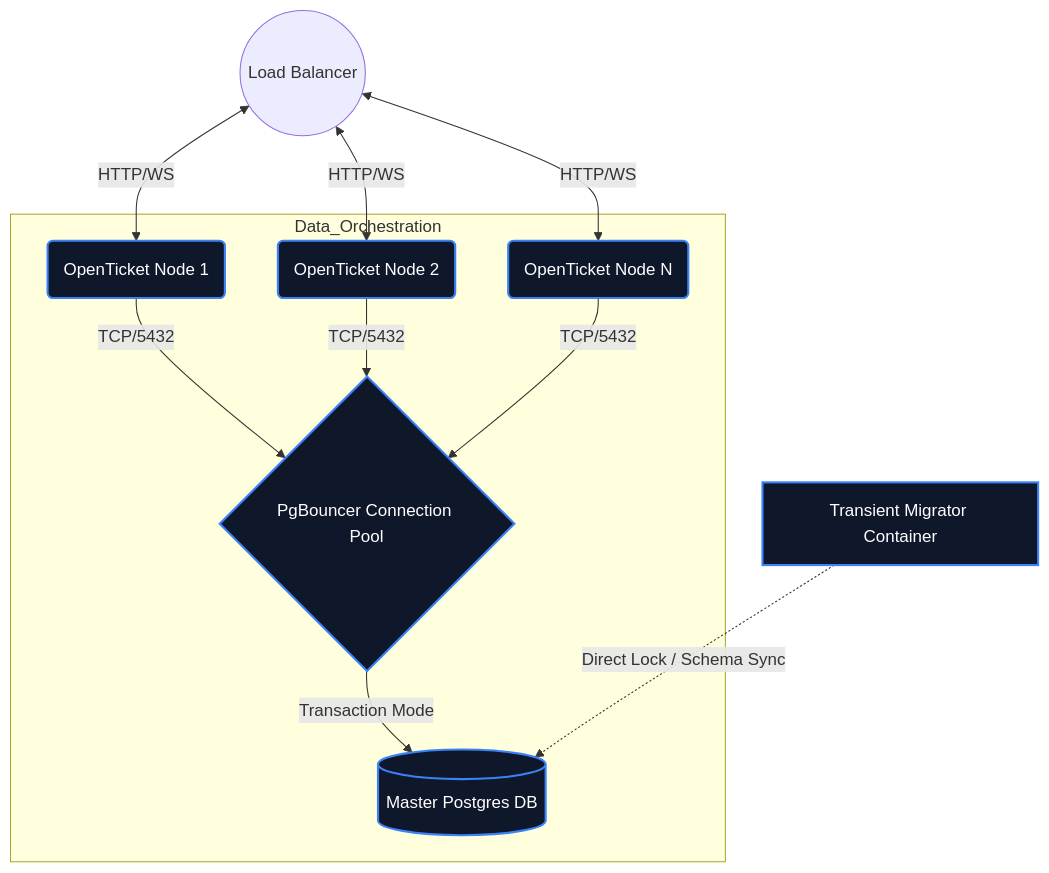
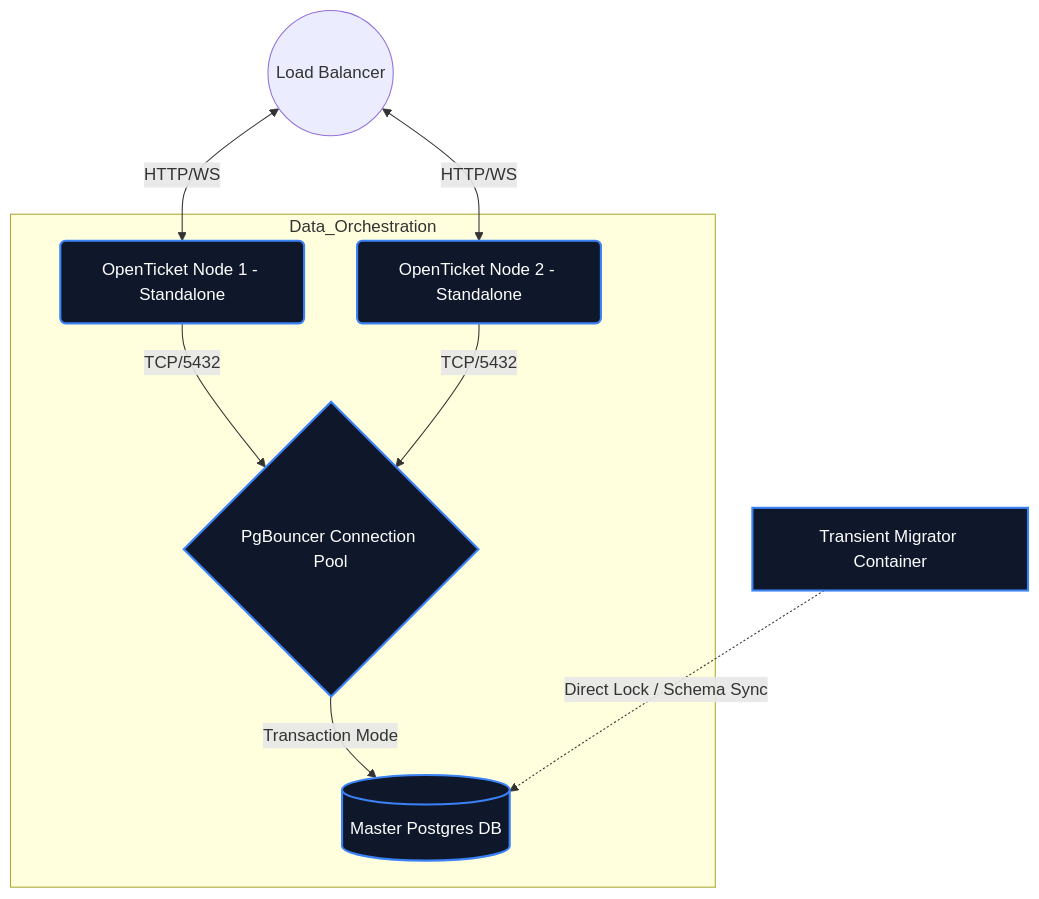
Before and after one commit to Cyber-Sec-Space/openticket: the sixth of 7 diagrams in docs/ARCHITECTURE.md, drawn with Mermaid. The commit also changed other lines of this file and 1 other file, not shown here.

Commit message:
docs: Sync architecture documentation with v1.0.0-rc.1 source code

````diff
--- a/docs/ARCHITECTURE.md
+++ b/docs/ARCHITECTURE.md
@@ -185,18 +191,16 @@
 ```mermaid
 graph TD
-    ClientLoadBalancer((Load Balancer)) <-->|HTTP/WS| Web1(OpenTicket Node 1)
-    ClientLoadBalancer <-->|HTTP/WS| Web2(OpenTicket Node 2)
-    ClientLoadBalancer <-->|HTTP/WS| Web3(OpenTicket Node N)
+    ClientLoadBalancer((Load Balancer)) <-->|HTTP/WS| Web1(OpenTicket Node 1 - Standalone)
+    ClientLoadBalancer <-->|HTTP/WS| Web2(OpenTicket Node 2 - Standalone)
     
     subgraph Data_Orchestration
         Web1 -->|TCP/5432| PgBouncer{PgBouncer Connection Pool}
         Web2 -->|TCP/5432| PgBouncer
-        Web3 -->|TCP/5432| PgBouncer
         PgBouncer -->|Transaction Mode| Postgres[(Master Postgres DB)]
     end
     
     Migrator[Transient Migrator Container] -.->|Direct Lock / Schema Sync| Postgres
 
     classDef container fill:#0f172a,stroke:#3b82f6,stroke-width:2px,color:#fff;
-    class Web1,Web2,Web3,PgBouncer,Migrator,Postgres container;
+    class Web1,Web2,PgBouncer,Migrator,Postgres container;
 ```
````
